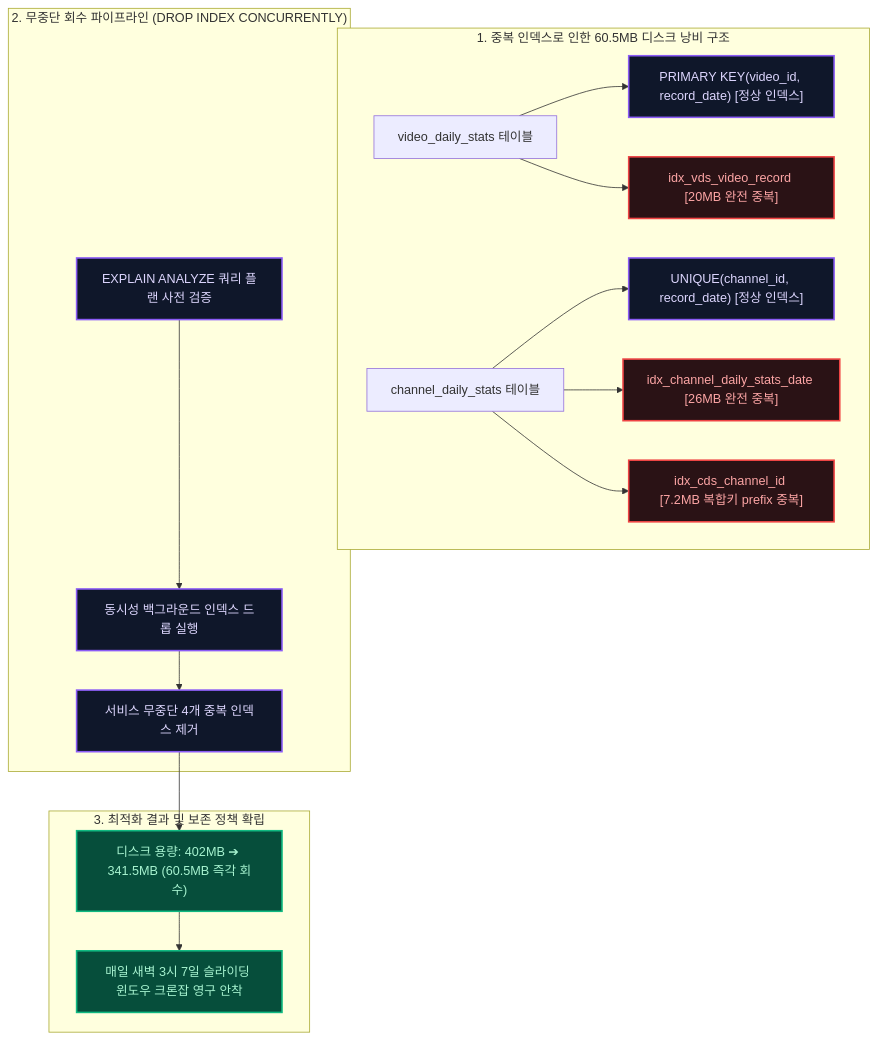
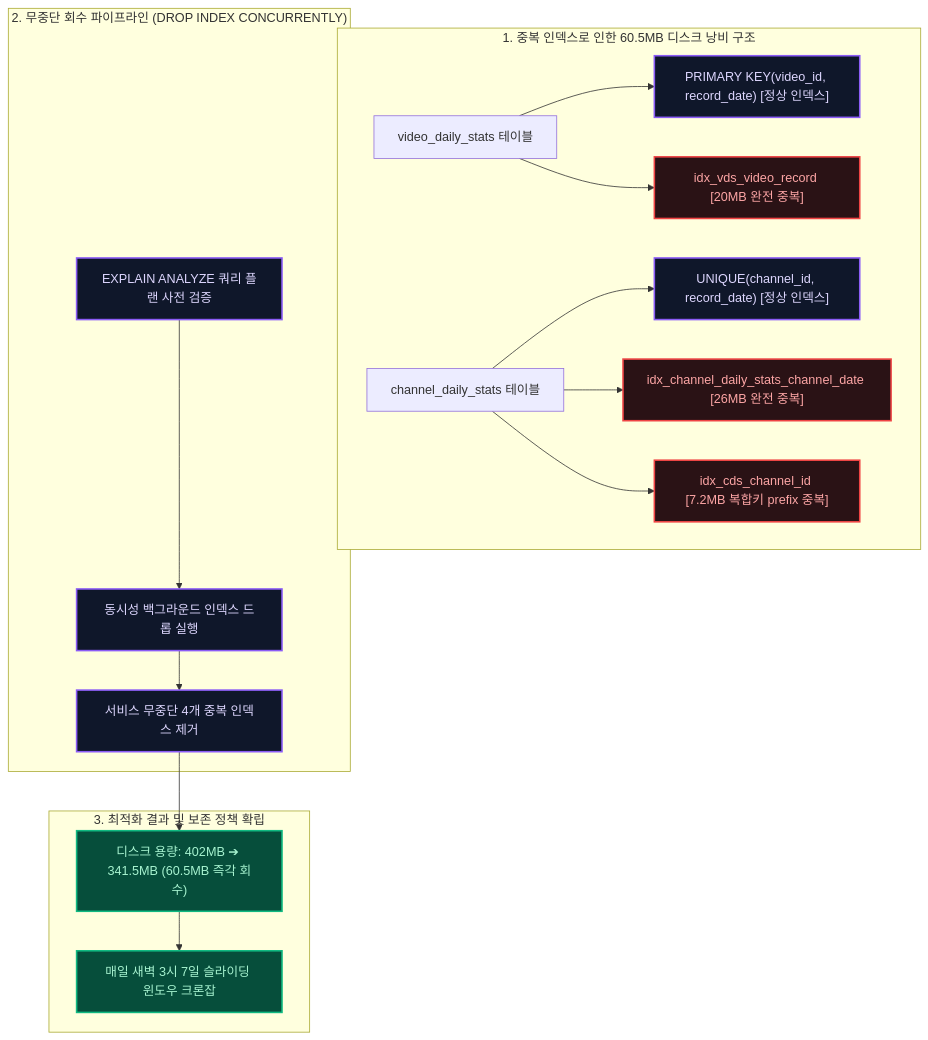
Before and after one commit to pandragun-sudo/Lumen-blog: the diagram in src/content/blog/2026-07-30-solo-founder-tech-debt-audit.md, drawn with Mermaid. The commit also changed other lines of this file and 16 other files, not shown here.

````diff
--- a/src/content/blog/2026-07-30-solo-founder-tech-debt-audit.md
+++ b/src/content/blog/2026-07-30-solo-founder-tech-debt-audit.md
@@ -31,29 +35,29 @@
 ```mermaid
 flowchart TD
     subgraph Redundant["1. 중복 인덱스로 인한 60.5MB 디스크 낭비 구조"]
         A["video_daily_stats 테이블"]
         A --> B["PRIMARY KEY(video_id, record_date) [정상 인덱스]"]
         A --> C["idx_vds_video_record [20MB 완전 중복]"]
         D["channel_daily_stats 테이블"]
         D --> E["UNIQUE(channel_id, record_date) [정상 인덱스]"]
-        D --> F["idx_channel_daily_stats_date [26MB 완전 중복]"]
+        D --> F["idx_channel_daily_stats_channel_date [26MB 완전 중복]"]
         D --> G["idx_cds_channel_id [7.2MB 복합키 prefix 중복]"]
     end
 
     subgraph Execution["2. 무중단 회수 파이프라인 (DROP INDEX CONCURRENTLY)"]
         H["EXPLAIN ANALYZE 쿼리 플랜 사전 검증"] --> I["동시성 백그라운드 인덱스 드롭 실행"]
         I --> J["서비스 무중단 4개 중복 인덱스 제거"]
     end
 
     subgraph Result["3. 최적화 결과 및 보존 정책 확립"]
         J --> K["디스크 용량: 402MB ➔ 341.5MB (60.5MB 즉각 회수)"]
-        K --> L["매일 새벽 3시 7일 슬라이딩 윈도우 크론잡 영구 안착"]
+        K --> L["매일 새벽 3시 7일 슬라이딩 윈도우 크론잡"]
     end
 
     classDef danger fill:#2a1215,stroke:#ef4444,stroke-width:2px,color:#fca5a5;
     classDef clean fill:#0f172a,stroke:#8b5cf6,stroke-width:2px,color:#ddd6fe;
     classDef secure fill:#064e3b,stroke:#10b981,stroke-width:2px,color:#a7f3d0;
     class C,F,G danger;
     class B,E,H,I,J clean;
     class K,L secure;
 ```
````
